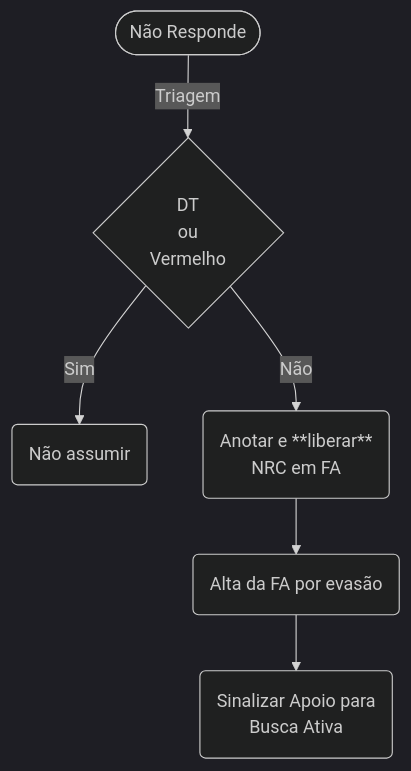
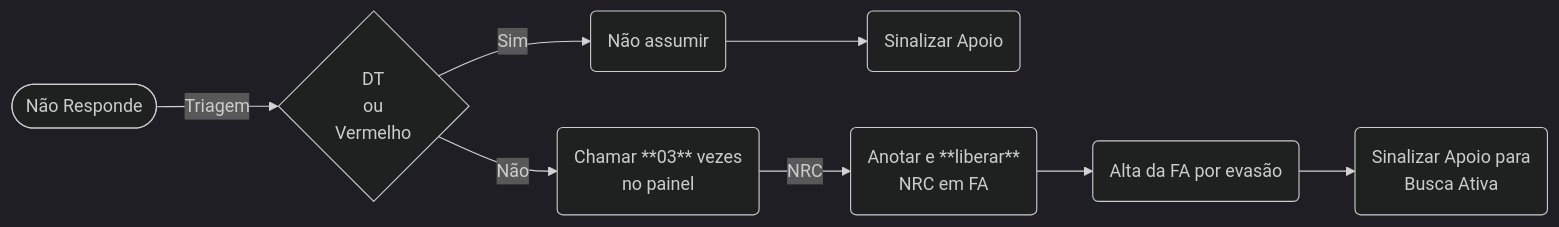
Before and after one commit to Nereare/fluxos: the diagram in geral/nrc.md, drawn with Mermaid (dark theme). The commit also changed other lines of this file, not shown here.

Commit message:
Finalizar fluxo

````diff
--- a/geral/nrc.md
+++ b/geral/nrc.md
@@ -10,8 +13,9 @@
 ```mermaid
-graph TD
+graph LR
   A([Não Responde]) -- Triagem --> B{DT<br>ou<br>Vermelho}
-  B -- Sim --> C(Não assumir)
-  B -- Não --> D(Anotar e **liberar**<br>NRC em FA)
-  D --> E(Alta da FA por evasão)
-  E --> F(Sinalizar Apoio para<br>Busca Ativa)
+  B -- Sim --> C(Não assumir) --> C1(Sinalizar Apoio)
+  B -- Não --> D(Chamar **03** vezes<br>no painel)
+  D -- NRC --> E(Anotar e **liberar**<br>NRC em FA)
+  E --> F(Alta da FA por evasão)
+  F --> G(Sinalizar Apoio para<br>Busca Ativa)
 ```
````
